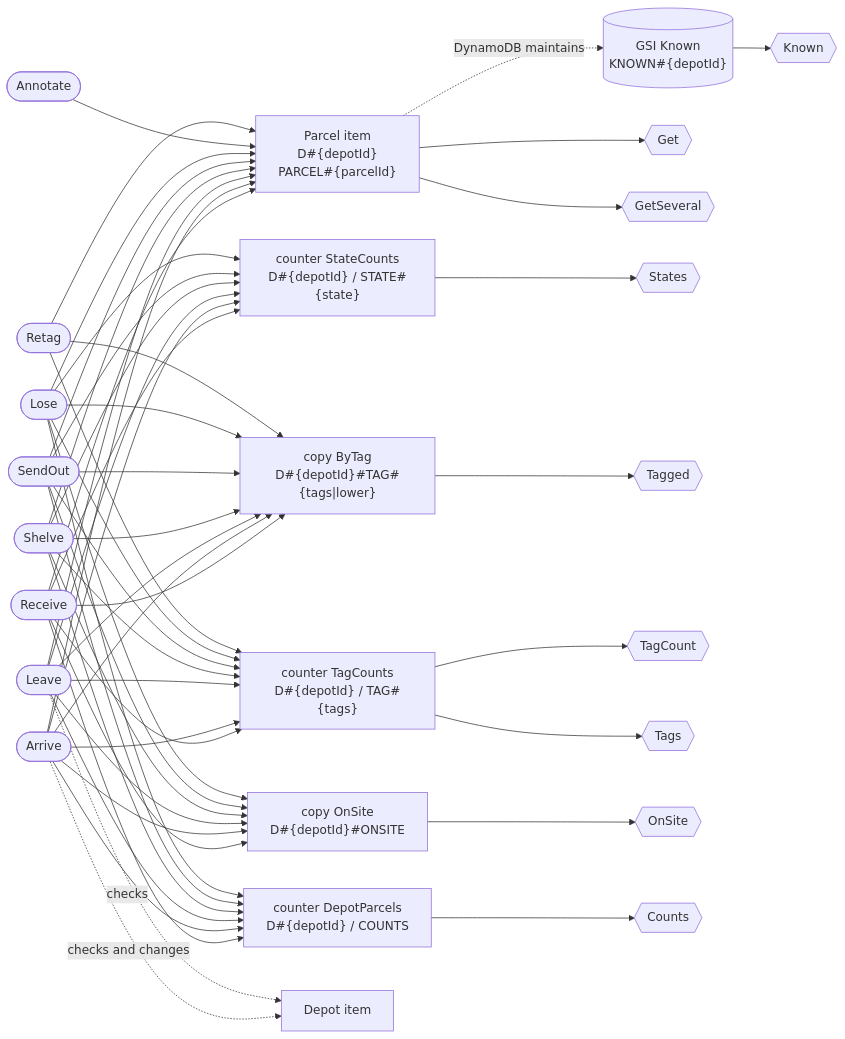
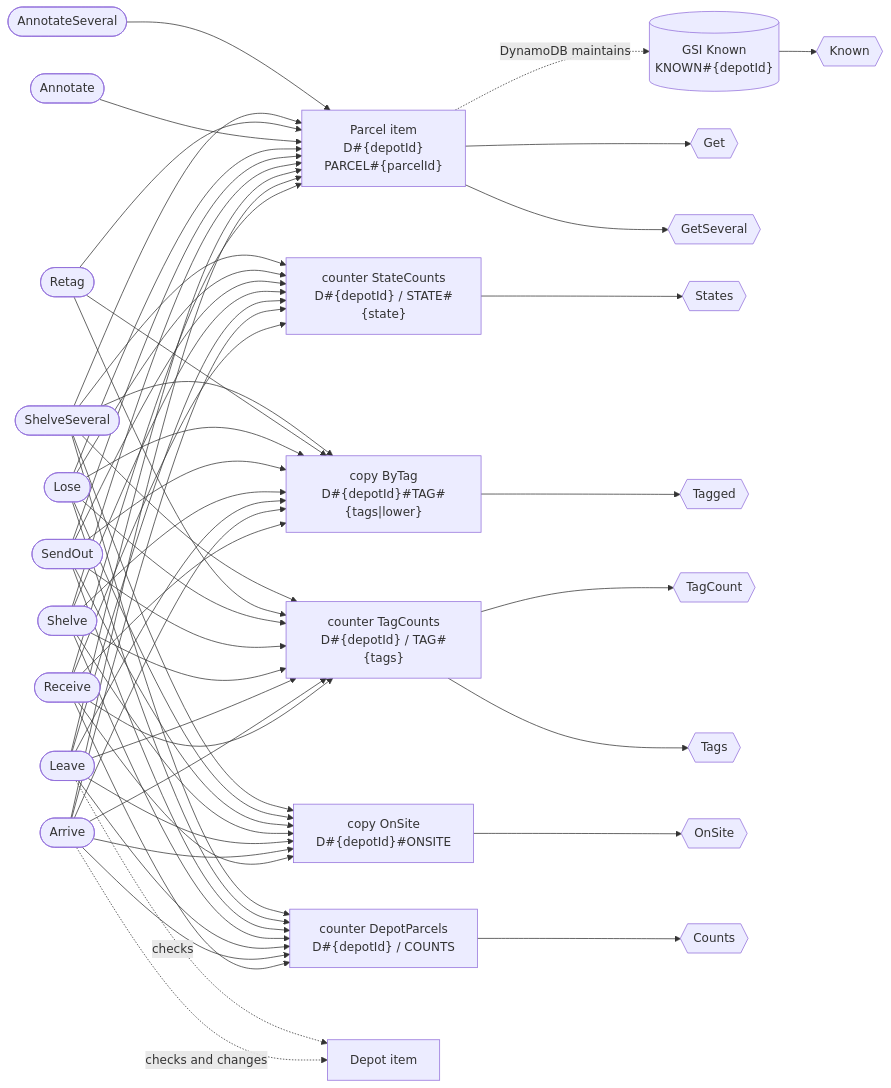
Before and after one commit to nicklanng/dynago: the seventh of 8 diagrams in internal/e2e/fixture/fixture.model.md, drawn with Mermaid. The commit also changed other lines of this file and 22 other files, not shown here.

````diff
--- a/internal/e2e/fixture/fixture.model.md
+++ b/internal/e2e/fixture/fixture.model.md
@@ -425,49 +428,53 @@
 ```mermaid
 flowchart LR
   item_Parcel["Parcel item<br/>D#35;{depotId}<br/>PARCEL#35;{parcelId}"]
   ix_OnSite["copy OnSite<br/>D#35;{depotId}#35;ONSITE"]
   ix_ByTag["copy ByTag<br/>D#35;{depotId}#35;TAG#35;{tags|lower}"]
   ix_Known[("GSI Known<br/>KNOWN#35;{depotId}")]
   item_Parcel -. DynamoDB maintains .-> ix_Known
   counter_DepotParcels["counter DepotParcels<br/>D#35;{depotId} / COUNTS"]
   counter_TagCounts["counter TagCounts<br/>D#35;{depotId} / TAG#35;{tags}"]
   counter_StateCounts["counter StateCounts<br/>D#35;{depotId} / STATE#35;{state}"]
   w_Receive(["Receive"])
   w_Receive --> item_Parcel & ix_OnSite & ix_ByTag & counter_DepotParcels & counter_TagCounts & counter_StateCounts
   w_Arrive(["Arrive"])
   w_Arrive --> item_Parcel & ix_OnSite & ix_ByTag & counter_DepotParcels & counter_TagCounts & counter_StateCounts
   other_Depot["Depot item"]
   w_Arrive -. checks and changes .-> other_Depot
   w_Leave(["Leave"])
   w_Leave --> item_Parcel & ix_OnSite & ix_ByTag & counter_DepotParcels & counter_TagCounts & counter_StateCounts
   other_Depot["Depot item"]
   w_Leave -. checks .-> other_Depot
   w_Shelve(["Shelve"])
   w_Shelve --> item_Parcel & ix_OnSite & ix_ByTag & counter_DepotParcels & counter_TagCounts & counter_StateCounts
   w_SendOut(["SendOut"])
   w_SendOut --> item_Parcel & ix_OnSite & ix_ByTag & counter_DepotParcels & counter_TagCounts & counter_StateCounts
   w_Lose(["Lose"])
   w_Lose --> item_Parcel & ix_OnSite & ix_ByTag & counter_DepotParcels & counter_TagCounts & counter_StateCounts
   w_Annotate(["Annotate"])
   w_Annotate --> item_Parcel
   w_Retag(["Retag"])
   w_Retag --> item_Parcel & ix_ByTag & counter_TagCounts
+  w_ShelveSeveral(["ShelveSeveral"])
+  w_ShelveSeveral --> item_Parcel & ix_OnSite & ix_ByTag & counter_DepotParcels & counter_TagCounts & counter_StateCounts
+  w_AnnotateSeveral(["AnnotateSeveral"])
+  w_AnnotateSeveral --> item_Parcel
   r_Get{{"Get"}}
   item_Parcel --> r_Get
   r_GetSeveral{{"GetSeveral"}}
   item_Parcel --> r_GetSeveral
   r_States{{"States"}}
   counter_StateCounts --> r_States
   r_Tagged{{"Tagged"}}
   ix_ByTag --> r_Tagged
   r_TagCount{{"TagCount"}}
   counter_TagCounts --> r_TagCount
   r_Tags{{"Tags"}}
   counter_TagCounts --> r_Tags
   r_OnSite{{"OnSite"}}
   ix_OnSite --> r_OnSite
   r_Known{{"Known"}}
   ix_Known --> r_Known
   r_Counts{{"Counts"}}
   counter_DepotParcels --> r_Counts
 ```
````
